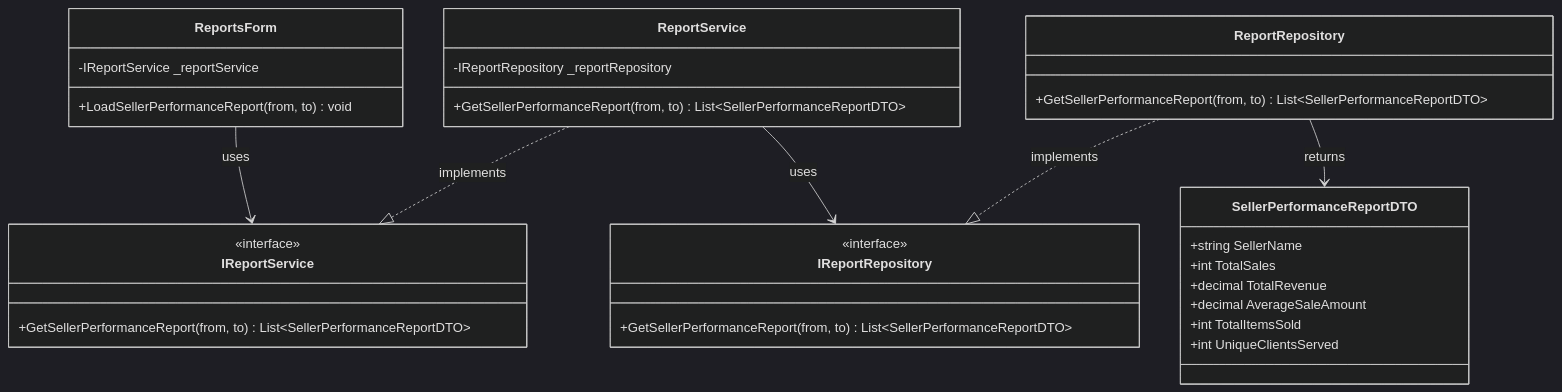
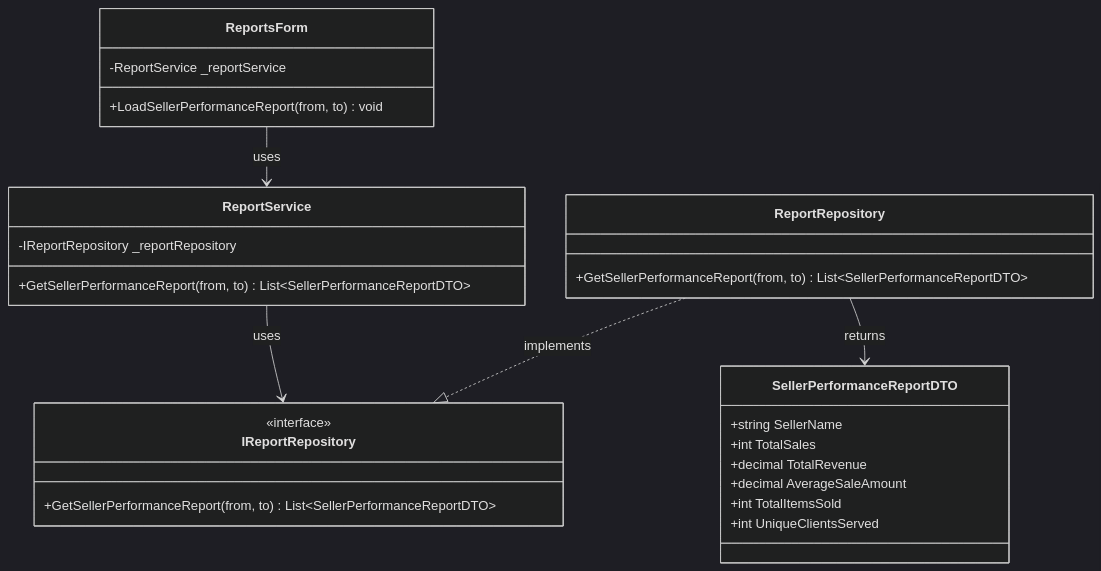
Diagram 11 of 14 in Documentation/UML_Diagrams/18_Reports_UseCases.md (nahuk86/tp_diploma_nk_2026), drawn with Mermaid (dark theme) before and after one commit. The commit also changed other lines of this file and 5 other files, not shown here.

First line of the commit message:
Fix UML documentation: remove non-existent BLL service interfaces

````diff
--- a/Documentation/UML_Diagrams/18_Reports_UseCases.md
+++ b/Documentation/UML_Diagrams/18_Reports_UseCases.md
@@ -393,41 +362,36 @@
 ```mermaid
 classDiagram
     class ReportsForm {
-        -IReportService _reportService
+        -ReportService _reportService
         +LoadSellerPerformanceReport(from, to) void
     }
 
-    class IReportService {
-        <<interface>>
-        +GetSellerPerformanceReport(from, to) List~SellerPerformanceReportDTO~
-    }
 
     class ReportService {
         -IReportRepository _reportRepository
         +GetSellerPerformanceReport(from, to) List~SellerPerformanceReportDTO~
     }
 
     class IReportRepository {
         <<interface>>
         +GetSellerPerformanceReport(from, to) List~SellerPerformanceReportDTO~
     }
 
     class ReportRepository {
         +GetSellerPerformanceReport(from, to) List~SellerPerformanceReportDTO~
     }
 
     class SellerPerformanceReportDTO {
         +string SellerName
         +int TotalSales
         +decimal TotalRevenue
         +decimal AverageSaleAmount
         +int TotalItemsSold
         +int UniqueClientsServed
     }
 
-    ReportsForm --> IReportService : uses
-    ReportService ..|> IReportService : implements
+    ReportsForm --> ReportService : uses
     ReportService --> IReportRepository : uses
     ReportRepository ..|> IReportRepository : implements
     ReportRepository --> SellerPerformanceReportDTO : returns
 ```
````
